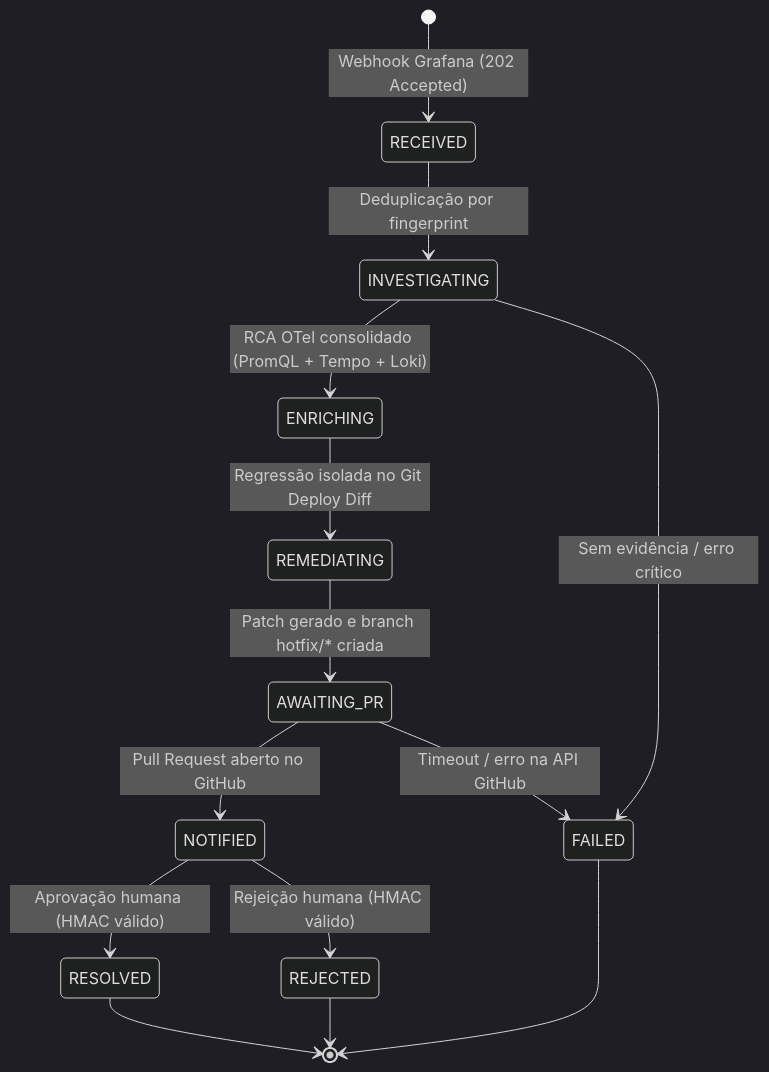
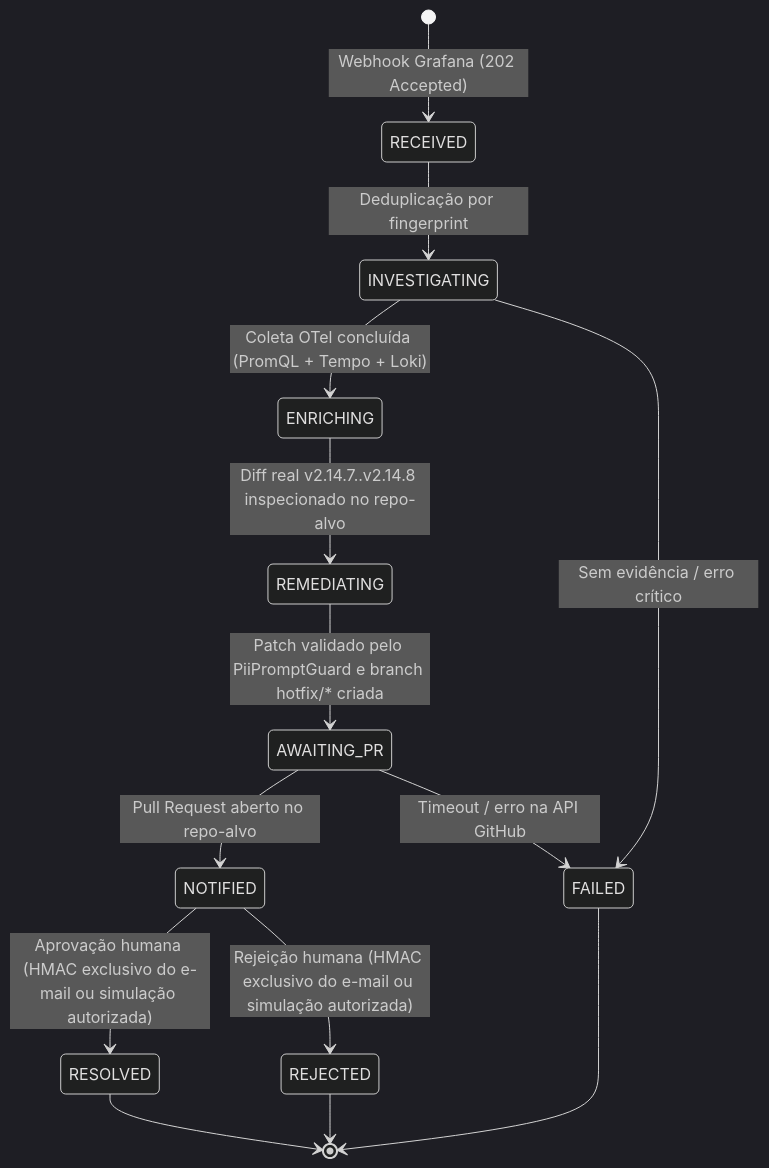
One commit to AdmilsonGoncalves/zeromttr changed the third of 4 diagrams in docs/pt-BR/00_architecture_master.md. Above: the diagram before and after it, drawn with Mermaid (dark theme). The commit also changed other lines of this file and 10 other files, not shown here.

Commit message:
docs: refine architecture v0.3 for Logistics PIX track, HMAC email isolation, OTTL PII masking, and dedicated target repo

````diff
--- a/docs/pt-BR/00_architecture_master.md
+++ b/docs/pt-BR/00_architecture_master.md
@@ -152,17 +184,17 @@
 ```mermaid
 stateDiagram-v2
     direction TB
     [*] --> RECEIVED: Webhook Grafana (202 Accepted)
     RECEIVED --> INVESTIGATING: Deduplicação por fingerprint
-    INVESTIGATING --> ENRICHING: RCA OTel consolidado (PromQL + Tempo + Loki)
+    INVESTIGATING --> ENRICHING: Coleta OTel concluída (PromQL + Tempo + Loki)
     INVESTIGATING --> FAILED: Sem evidência / erro crítico
-    ENRICHING --> REMEDIATING: Regressão isolada no Git Deploy Diff
-    REMEDIATING --> AWAITING_PR: Patch gerado e branch hotfix/* criada
-    AWAITING_PR --> NOTIFIED: Pull Request aberto no GitHub
+    ENRICHING --> REMEDIATING: Diff real v2.14.7..v2.14.8 inspecionado no repo-alvo
+    REMEDIATING --> AWAITING_PR: Patch validado pelo PiiPromptGuard e branch hotfix/* criada
+    AWAITING_PR --> NOTIFIED: Pull Request aberto no repo-alvo
     AWAITING_PR --> FAILED: Timeout / erro na API GitHub
-    NOTIFIED --> RESOLVED: Aprovação humana (HMAC válido)
-    NOTIFIED --> REJECTED: Rejeição humana (HMAC válido)
+    NOTIFIED --> RESOLVED: Aprovação humana (HMAC exclusivo do e-mail ou simulação autorizada)
+    NOTIFIED --> REJECTED: Rejeição humana (HMAC exclusivo do e-mail ou simulação autorizada)
     RESOLVED --> [*]
     REJECTED --> [*]
     FAILED --> [*]
 ```
````
